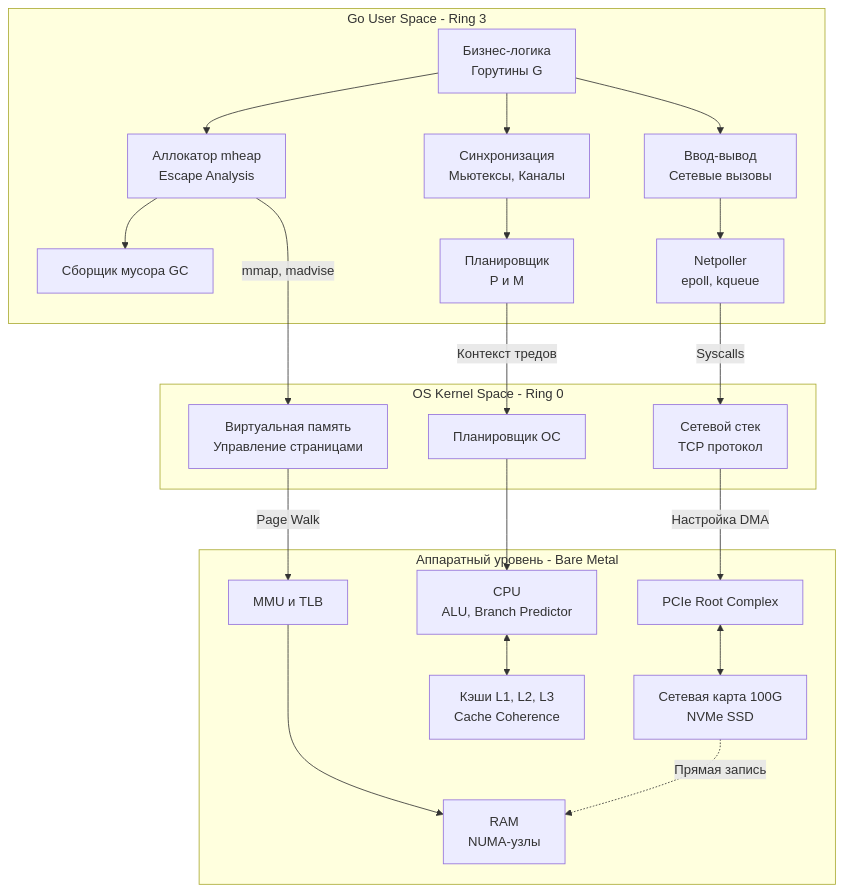
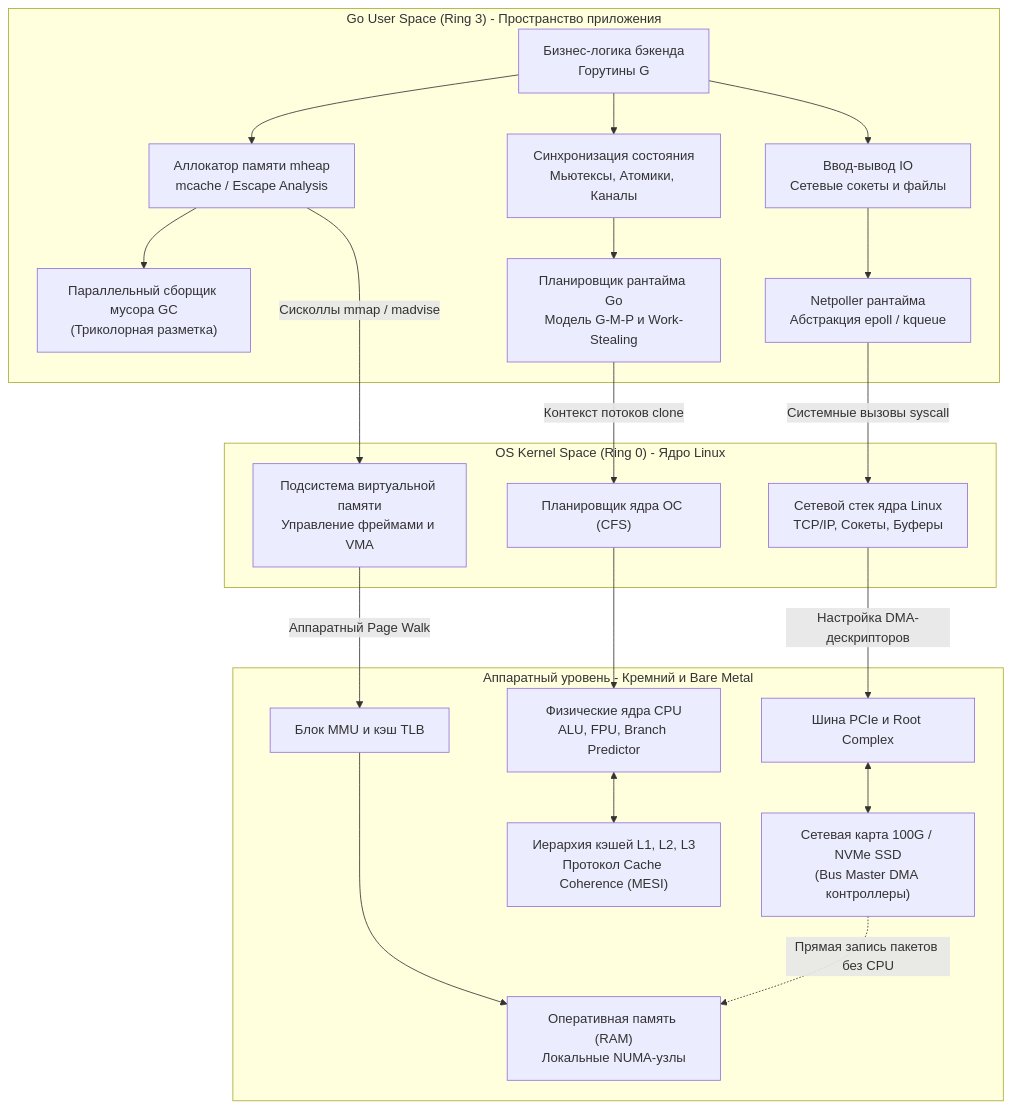
One commit to UnrealTemplier/go-textbook changed the diagram in sources/1. Архитектура компьютера/41. Итоги раздела. Полная картина архитектуры компьютера для Go-разработчика.md. Above: the diagram before and after it, drawn with Mermaid. The commit also changed other lines of this file, not shown here.

````diff
--- a/sources/1. Архитектура компьютера/41. Итоги раздела. Полная картина архитектуры компьютера для Go-разработчика.md
+++ b/sources/1. Архитектура компьютера/41. Итоги раздела. Полная картина архитектуры компьютера для Go-разработчика.md
@@ -14,30 +21,30 @@
 ```mermaid
 flowchart TD
-    subgraph GoSpace ["Go User Space - Ring 3"]
-        Code["Бизнес-логика<br>Горутины G"] --> Alloc["Аллокатор mheap<br>Escape Analysis"]
-        Code --> Sync["Синхронизация<br>Мьютексы, Каналы"]
-        Code --> IO["Ввод-вывод<br>Сетевые вызовы"]
+    subgraph GoSpace ["Go User Space (Ring 3) - Пространство приложения"]
+        Code["Бизнес-логика бэкенда<br>Горутины G"] --> Alloc["Аллокатор памяти mheap<br>mcache / Escape Analysis"]
+        Code --> Sync["Синхронизация состояния<br>Мьютексы, Атомики, Каналы"]
+        Code --> IO["Ввод-вывод IO<br>Сетевые сокеты и файлы"]
         
-        Alloc --> GC["Сборщик мусора GC"]
-        Sync --> Sched["Планировщик<br>P и M"]
-        IO --> Netpoll["Netpoller<br>epoll, kqueue"]
+        Alloc --> GC["Параллельный сборщик мусора GC<br>(Триколорная разметка)"]
+        Sync --> Sched["Планировщик рантайма Go<br>Модель G-M-P и Work-Stealing"]
+        IO --> Netpoll["Netpoller рантайма<br>Абстракция epoll / kqueue"]
     end
     
-    subgraph OSKernel ["OS Kernel Space - Ring 0"]
-        Sched -->|Контекст тредов| OSP["Планировщик ОС"]
-        Netpoll -->|Syscalls| NetStack["Сетевой стек<br>TCP протокол"]
-        Alloc -->|mmap, madvise| VMM["Виртуальная память<br>Управление страницами"]
+    subgraph OSKernel ["OS Kernel Space (Ring 0) - Ядро Linux"]
+        Sched -->|Контекст потоков clone| OSP["Планировщик ядра ОС (CFS)"]
+        Netpoll -->|Системные вызовы syscall| NetStack["Сетевой стек ядра Linux<br>TCP/IP, Сокеты, Буферы"]
+        Alloc -->|Сисколлы mmap / madvise| VMM["Подсистема виртуальной памяти<br>Управление фреймами и VMA"]
     end
     
-    subgraph Hardware ["Аппаратный уровень - Bare Metal"]
-        OSP --> CPU["CPU<br>ALU, Branch Predictor"]
-        CPU <--> L1L2["Кэши L1, L2, L3<br>Cache Coherence"]
+    subgraph Hardware ["Аппаратный уровень - Кремний и Bare Metal"]
+        OSP --> CPU["Физические ядра CPU<br>ALU, FPU, Branch Predictor"]
+        CPU <--> L1L2["Иерархия кэшей L1, L2, L3<br>Протокол Cache Coherence (MESI)"]
         
-        VMM -->|Page Walk| MMU["MMU и TLB"]
-        MMU --> RAM["RAM<br>NUMA-узлы"]
+        VMM -->|Аппаратный Page Walk| MMU["Блок MMU и кэш TLB"]
+        MMU --> RAM["Оперативная память (RAM)<br>Локальные NUMA-узлы"]
         
-        NetStack -->|Настройка DMA| PCIe["PCIe Root Complex"]
-        PCIe <--> NIC["Сетевая карта 100G<br>NVMe SSD"]
-        NIC -.->|Прямая запись| RAM
+        NetStack -->|Настройка DMA-дескрипторов| PCIe["Шина PCIe и Root Complex"]
+        PCIe <--> NIC["Сетевая карта 100G / NVMe SSD<br>(Bus Master DMA контроллеры)"]
+        NIC -.->|Прямая запись пакетов без CPU| RAM
     end
 ```
````
